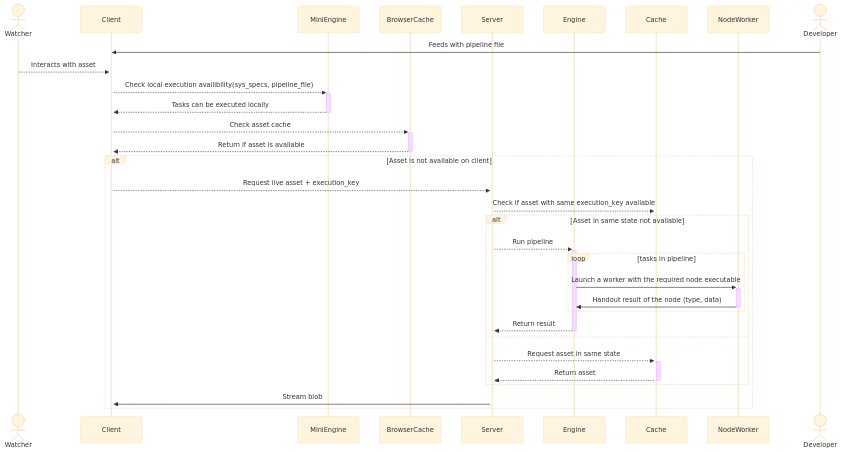
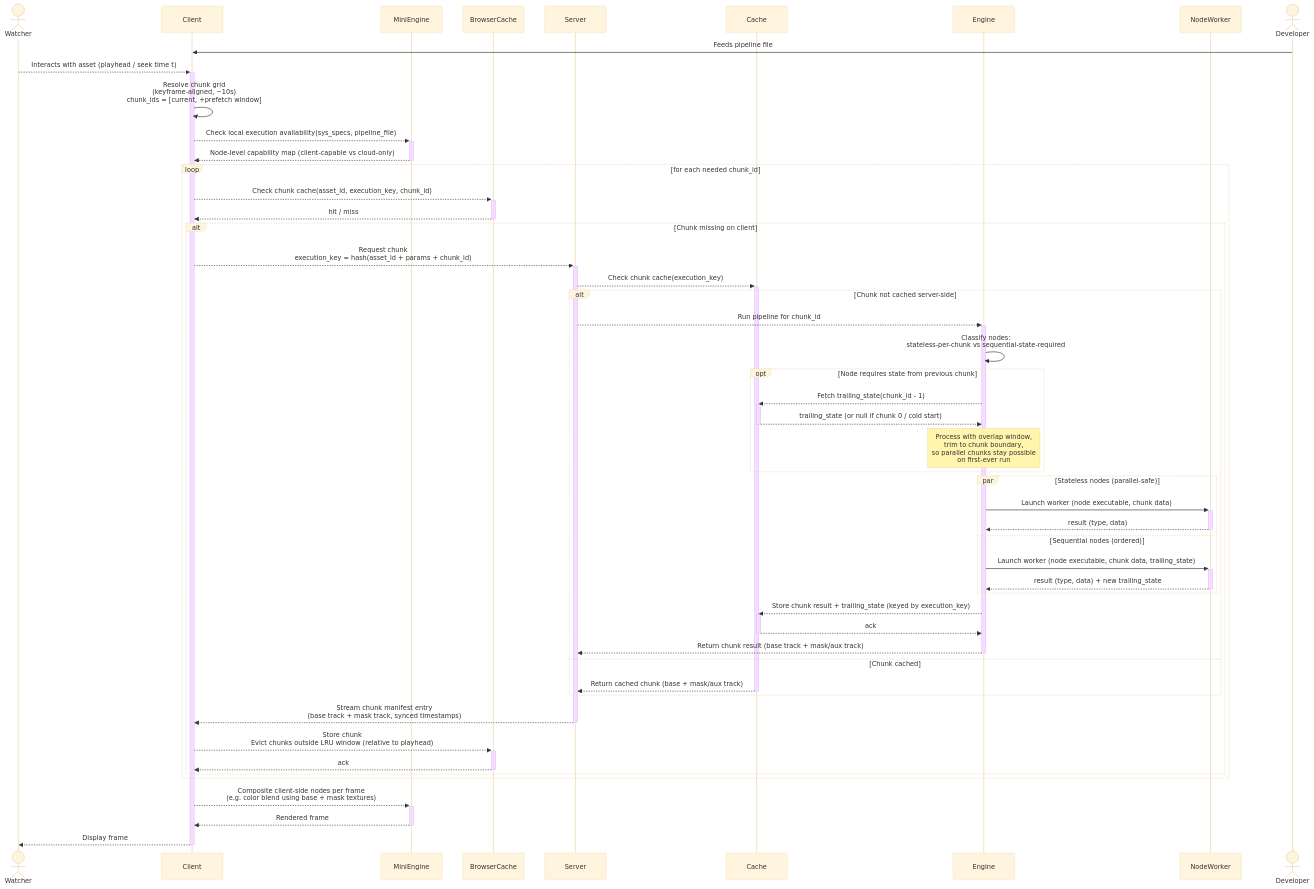
One commit to Star-Plus/Acture changed the diagram in docs/flows/overview.mermaid. Above: the diagram before and after it, drawn with Mermaid (base theme). The commit also changed 1 other file, not shown here.

Commit message:
Refactor sequence diagram and update chunk processing logic

```diff
--- a/docs/flows/overview.mermaid
+++ b/docs/flows/overview.mermaid
@@ -1,41 +1,64 @@
 sequenceDiagram
     actor Watcher
     participant Client
     participant MiniEngine
     participant BrowserCache
     participant Server
+    participant Cache
     participant Engine
-    participant Cache
     participant NodeWorker
     actor Developer
-    
-    
-    Developer ->> Client: Feeds with pipeline file
-    Watcher -->>+ Client: Interacts with asset
 
-    Client -->>+ MiniEngine: Check local execution availibility(sys_specs, pipeline_file)
-    MiniEngine -->>- Client: Tasks can be executed locally
+    Developer ->> Client: Feeds pipeline file
 
-    Client -->>+ BrowserCache: Check asset cache
-    BrowserCache -->>- Client: Return if asset is available
+    Watcher -->>+ Client: Interacts with asset (playhead / seek time t)
 
-    alt Asset is not available on client
+    Client ->> Client: Resolve chunk grid<br/>(keyframe-aligned, ~10s)<br/>chunk_ids = [current, +prefetch window]
 
-        Client -->>+ Server: Request live asset + execution_key
+    Client -->>+ MiniEngine: Check local execution availability(sys_specs, pipeline_file)
+    MiniEngine -->>- Client: Node-level capability map (client-capable vs cloud-only)
 
-        Server -->>+ Cache: Check if asset with same execution_key available
+    loop for each needed chunk_id
+        Client -->>+ BrowserCache: Check chunk cache(asset_id, execution_key, chunk_id)
+        BrowserCache -->>- Client: hit / miss
 
-        alt Asset in same state not available
-            Server -->>+ Engine: Run pipeline
-            loop tasks in pipeline
-                Engine ->>+ NodeWorker: Launch a worker with the required node executable
-                NodeWorker ->>- Engine: Handout result of the node (type, data)
+        alt Chunk missing on client
+            Client -->>+ Server: Request chunk<br/>execution_key = hash(asset_id + params + chunk_id)
+
+            Server -->>+ Cache: Check chunk cache(execution_key)
+
+            alt Chunk not cached server-side
+                Server -->>+ Engine: Run pipeline for chunk_id
+
+                Engine ->> Engine: Classify nodes:<br/>stateless-per-chunk vs sequential-state-required
+
+                opt Node requires state from previous chunk
+                    Engine -->>+ Cache: Fetch trailing_state(chunk_id - 1)
+                    Cache -->>- Engine: trailing_state (or null if chunk 0 / cold start)
+                    Note over Engine: Process with overlap window,<br/>trim to chunk boundary,<br/>so parallel chunks stay possible<br/>on first-ever run
+                end
+
+                par Stateless nodes (parallel-safe)
+                    Engine ->>+ NodeWorker: Launch worker (node executable, chunk data)
+                    NodeWorker -->>- Engine: result (type, data)
+                and Sequential nodes (ordered)
+                    Engine ->>+ NodeWorker: Launch worker (node executable, chunk data, trailing_state)
+                    NodeWorker -->>- Engine: result (type, data) + new trailing_state
+                end
+
+                Engine -->>+ Cache: Store chunk result + trailing_state (keyed by execution_key)
+                Cache -->>- Engine: ack
+                Engine -->>- Server: Return chunk result (base track + mask/aux track)
+            else Chunk cached
+                Cache -->>- Server: Return cached chunk (base + mask/aux track)
             end
-            Engine -->>- Server: Return result
-        else
-            Server -->>+ Cache: Request asset in same state
-            Cache -->>- Server: Return asset
+
+            Server -->>- Client: Stream chunk manifest entry<br/>(base track + mask track, synced timestamps)
+            Client -->>+ BrowserCache: Store chunk<br/>Evict chunks outside LRU window (relative to playhead)
+            BrowserCache -->>- Client: ack
         end
-            Server ->> Client: Stream blob
+    end
 
-    end
+    Client -->>+ MiniEngine: Composite client-side nodes per frame<br/>(e.g. color blend using base + mask textures)
+    MiniEngine -->>- Client: Rendered frame
+    Client -->>- Watcher: Display frame
```
